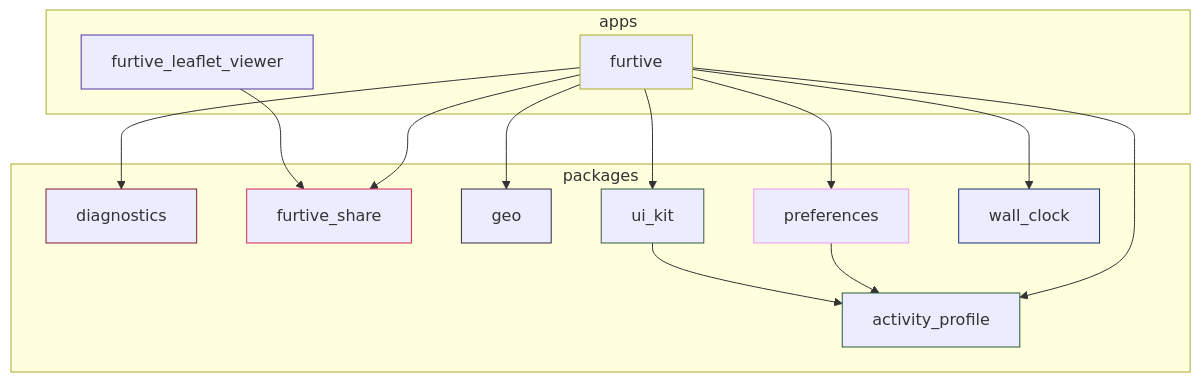
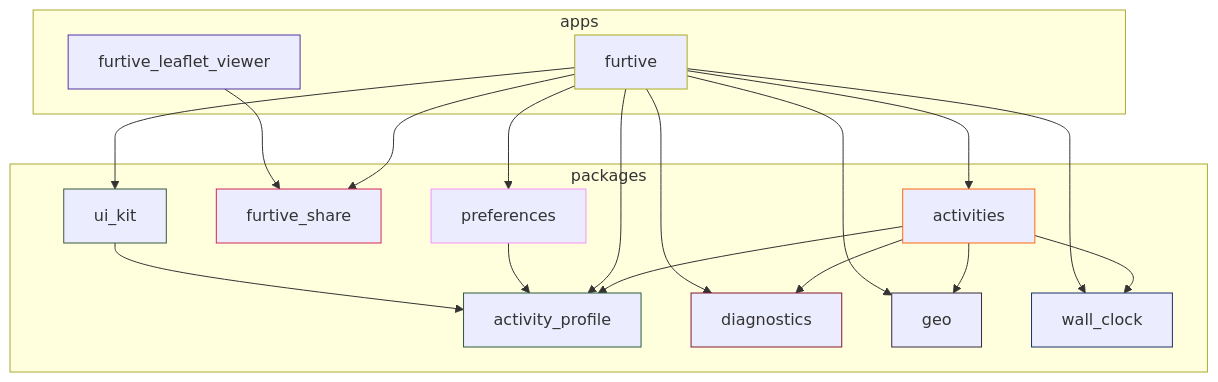
Before and after one commit to ethicnology-agent/furtive: the diagram in docs/module-graph.md, drawn with Mermaid. The commit also changed 61 other files, not shown here.

````diff
--- a/docs/module-graph.md
+++ b/docs/module-graph.md
@@ -5,44 +5,52 @@
 ```mermaid
 graph TD
+  activities["activities"]
+  style activities stroke:#ff6714
   activity_profile["activity_profile"]
   style activity_profile stroke:#295a3f
   diagnostics["diagnostics"]
   style diagnostics stroke:#811832
   furtive["furtive"]
   style furtive stroke:#acaa26
   furtive_leaflet_viewer["furtive_leaflet_viewer"]
   style furtive_leaflet_viewer stroke:#5135a1
   furtive_share["furtive_share"]
   style furtive_share stroke:#d42752
   geo["geo"]
   style geo stroke:#362842
   preferences["preferences"]
   style preferences stroke:#f493f6
   ui_kit["ui_kit"]
   style ui_kit stroke:#375a43
   wall_clock["wall_clock"]
   style wall_clock stroke:#173271
+  activities --> activity_profile
+  activities --> diagnostics
+  activities --> geo
+  activities --> wall_clock
+  furtive --> activities
   furtive --> activity_profile
   furtive --> wall_clock
   furtive --> diagnostics
   furtive --> furtive_share
   furtive --> geo
   furtive --> preferences
   furtive --> ui_kit
   furtive_leaflet_viewer --> furtive_share
   preferences --> activity_profile
   ui_kit --> activity_profile
   subgraph packages0 ["packages"]
+    activities
     activity_profile
     diagnostics
     furtive_share
     geo
     preferences
     ui_kit
     wall_clock
   end
   subgraph apps1 ["apps"]
     furtive
     furtive_leaflet_viewer
   end
 ```
````
